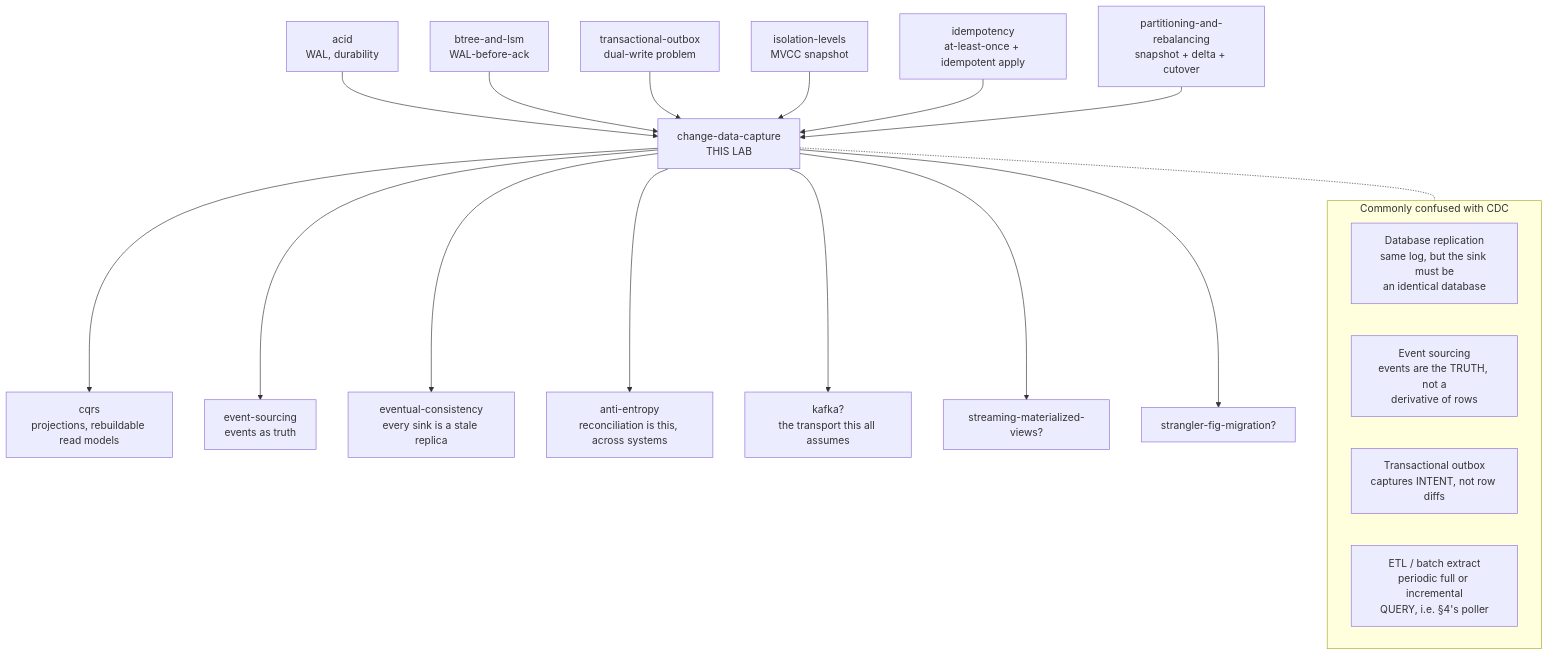
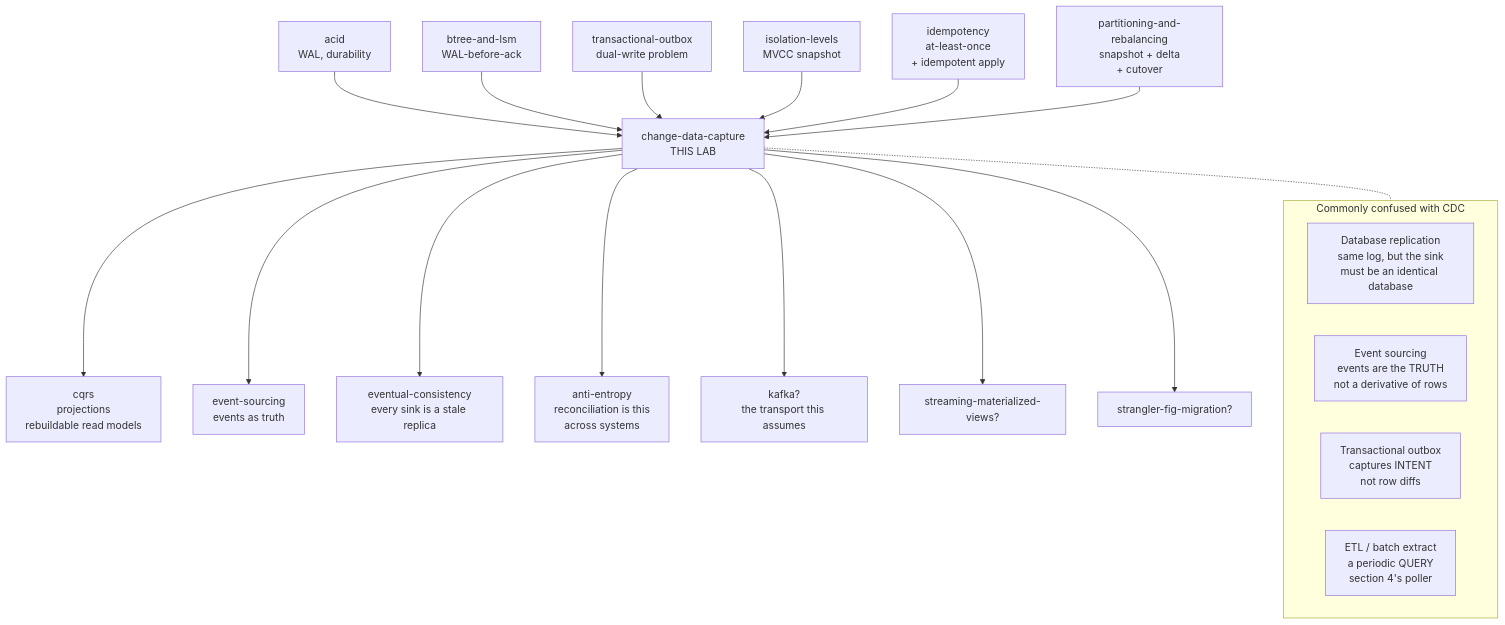
Before and after one commit to ravivarmachaluvadi/Learning: the second of 2 diagrams in 52-change-data-capture/README.md, drawn with Mermaid. The commit also changed other lines of this file, not shown here.

First line of the commit message:
Rewrite change-data-capture for delivery

````diff
--- a/52-change-data-capture/README.md
+++ b/52-change-data-capture/README.md
@@ -1754,27 +2132,27 @@
 ```mermaid
 flowchart TD
-  ACID[acid<br/>WAL, durability] --> CDC
-  BT[btree-and-lsm<br/>WAL-before-ack] --> CDC
-  OB[transactional-outbox<br/>dual-write problem] --> CDC
-  ISO[isolation-levels<br/>MVCC snapshot] --> CDC
-  IDEM[idempotency<br/>at-least-once + idempotent apply] --> CDC
-  PART[partitioning-and-rebalancing<br/>snapshot + delta + cutover] --> CDC
+  ACID[acid<br>WAL, durability] --> CDC
+  BT[btree-and-lsm<br>WAL-before-ack] --> CDC
+  OB[transactional-outbox<br>dual-write problem] --> CDC
+  ISO[isolation-levels<br>MVCC snapshot] --> CDC
+  IDEM[idempotency<br>at-least-once<br>+ idempotent apply] --> CDC
+  PART[partitioning-and-rebalancing<br>snapshot + delta<br>+ cutover] --> CDC
 
-  CDC[change-data-capture<br/>THIS LAB]
+  CDC[change-data-capture<br>THIS LAB]
 
-  CDC --> CQRS[cqrs<br/>projections, rebuildable read models]
-  CDC --> ES[event-sourcing<br/>events as truth]
-  CDC --> EC[eventual-consistency<br/>every sink is a stale replica]
-  CDC --> AE[anti-entropy<br/>reconciliation is this, across systems]
-  CDC --> KAFKA[kafka?<br/>the transport this all assumes]
+  CDC --> CQRS[cqrs<br>projections<br>rebuildable read models]
+  CDC --> ES[event-sourcing<br>events as truth]
+  CDC --> EC[eventual-consistency<br>every sink is a stale replica]
+  CDC --> AE[anti-entropy<br>reconciliation is this<br>across systems]
+  CDC --> KAFKA[kafka?<br>the transport this assumes]
   CDC --> SM[streaming-materialized-views?]
   CDC --> SF[strangler-fig-migration?]
 
   subgraph confused["Commonly confused with CDC"]
-    C1[Database replication<br/>same log, but the sink must be<br/>an identical database]
-    C2[Event sourcing<br/>events are the TRUTH, not a<br/>derivative of rows]
-    C3[Transactional outbox<br/>captures INTENT, not row diffs]
-    C4[ETL / batch extract<br/>periodic full or incremental<br/>QUERY, i.e. §4's poller]
+    C1[Database replication<br>same log, but the sink<br>must be an identical database]
+    C2[Event sourcing<br>events are the TRUTH<br>not a derivative of rows]
+    C3[Transactional outbox<br>captures INTENT<br>not row diffs]
+    C4[ETL / batch extract<br>a periodic QUERY<br>section 4's poller]
   end
   CDC -.- confused
 ```
````
